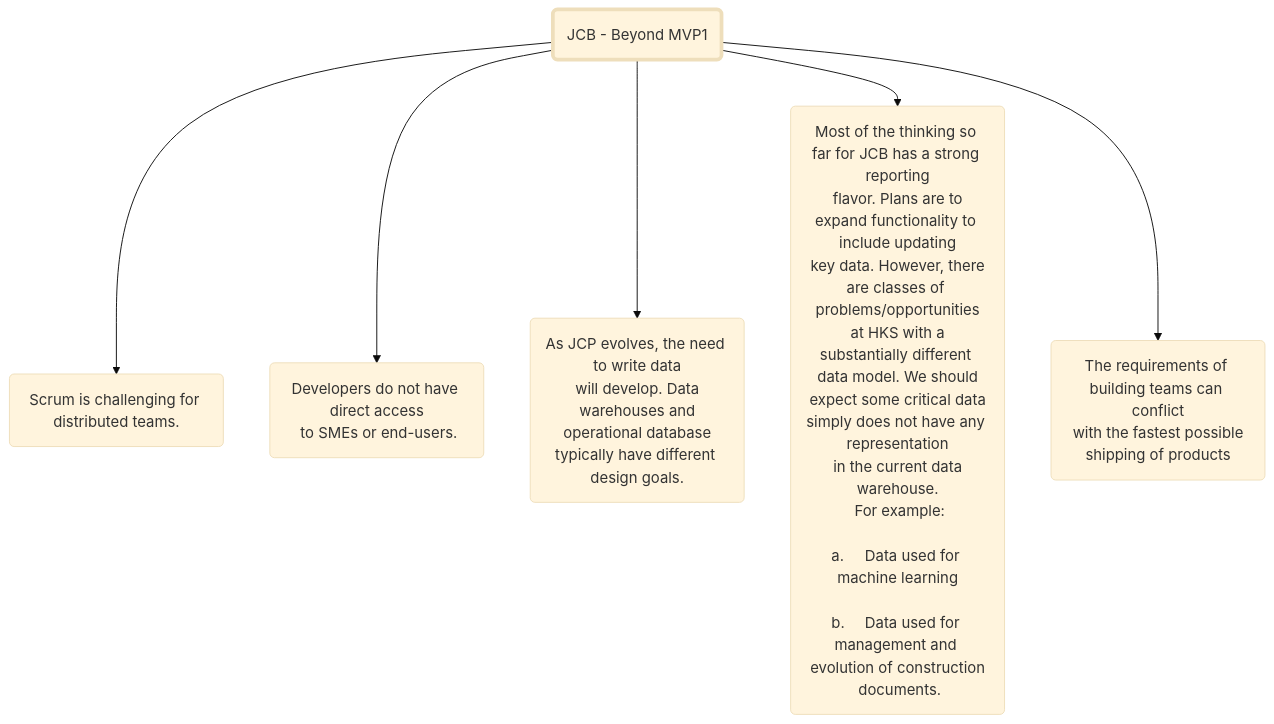
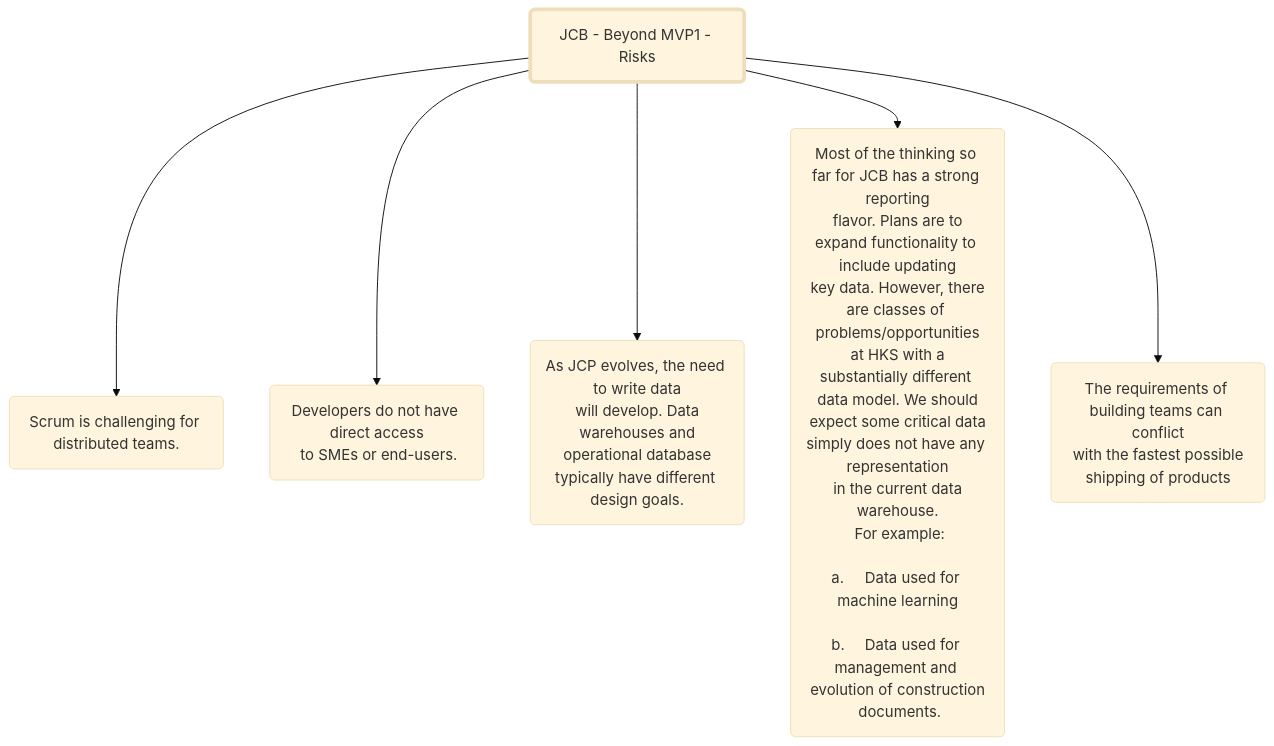
Before and after one commit to taylorhahn27/arch-docs: the diagram in JCB-Risks/beyond-mvp1-risks-v1.md, drawn with Mermaid (base theme). The commit also changed 2 other files, not shown here.

Commit message:
combining both risk documents into all-risks.md

````diff
--- a/JCB-Risks/beyond-mvp1-risks-v1.md
+++ b/JCB-Risks/beyond-mvp1-risks-v1.md
@@ -1,12 +1,12 @@
 ```mermaid
 graph TB 
-    a(JCB - Beyond MVP1) --> b(Scrum is challenging for distributed teams.)
+    a(JCB - Beyond MVP1 - Risks) --> b(Scrum is challenging for distributed teams.)
     a --> c(Developers do not have direct access<br> to SMEs or end-users.)
     a --> d(As JCP evolves, the need to write data<br> will develop. Data warehouses and<br> operational database typically have different design goals.)
     a --> e("Most of the thinking so far for JCB has a strong reporting<br> flavor. Plans are to expand functionality to include updating<br> key data. However, there are classes of problems/opportunities<br> at HKS with a substantially different data model. We should<br> expect some critical data simply does not have any representation<br> in the current data warehouse.<br> For example:<br>
 a.	Data used for machine learning<br>
 b.	Data used for management and evolution of construction<br> documents.")
 a --> f(The requirements of building teams can conflict<br> with the fastest possible shipping of products)
 
 style a stroke-width:4px
 ```
````
